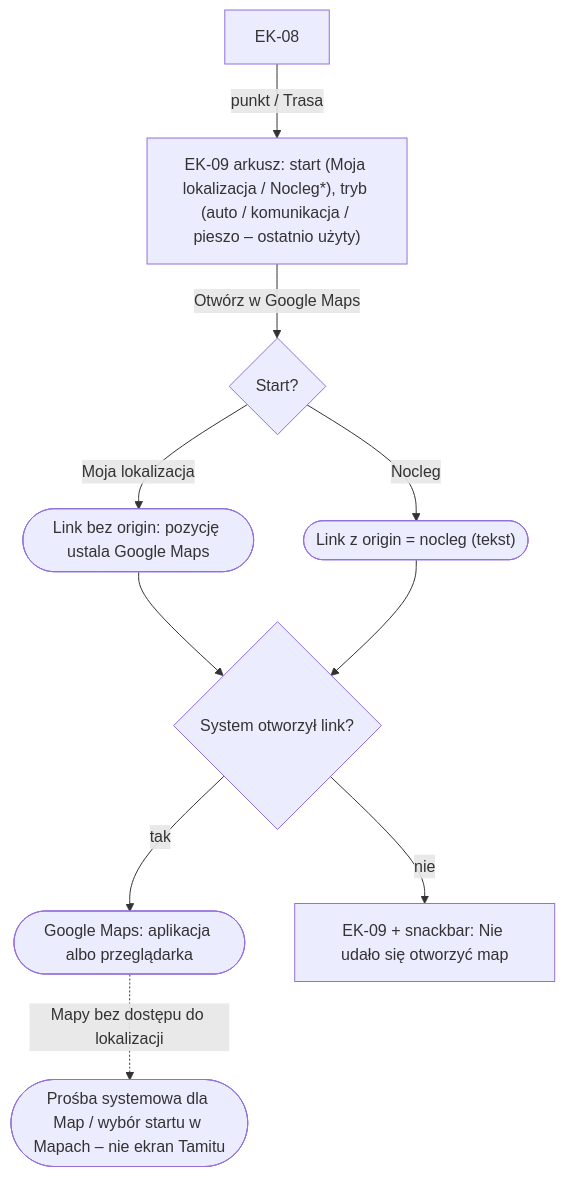
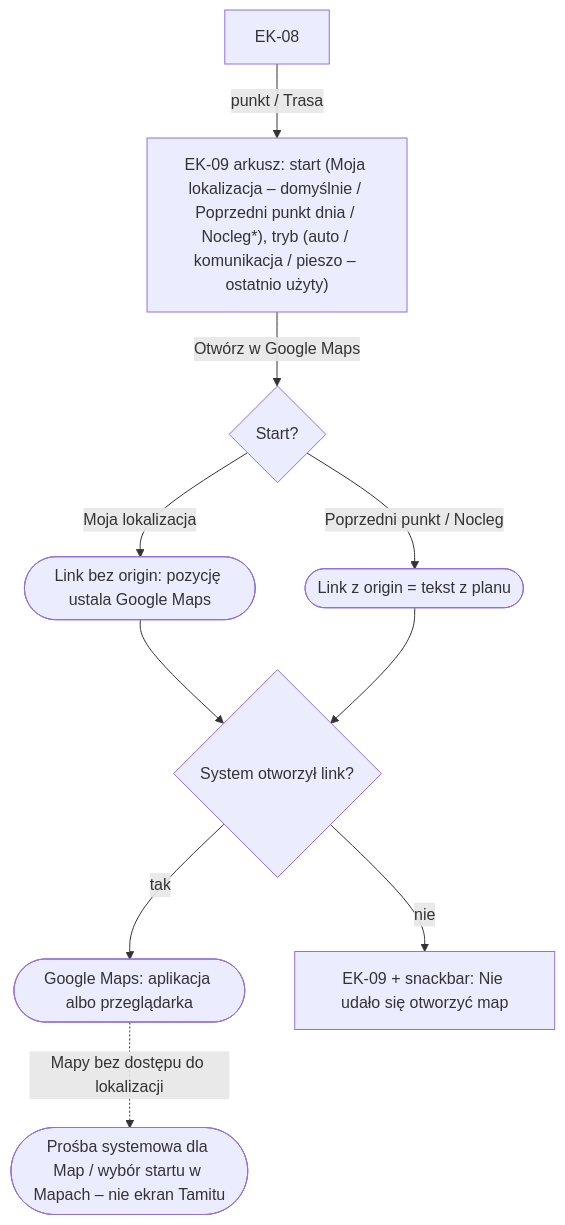
The seventh of 11 diagrams in docs/ux/flows.md (tadecode/tamitu), drawn with Mermaid before and after one commit. The commit also changed other lines of this file and 9 other files, not shown here.

````diff
--- a/docs/ux/flows.md
+++ b/docs/ux/flows.md
@@ -122,12 +122,12 @@
 ```mermaid
 flowchart TD
-  A["EK-08"] -->|punkt / Trasa| B["EK-09 arkusz: start (Moja lokalizacja / Nocleg*), tryb (auto / komunikacja / pieszo – ostatnio użyty)"]
+  A["EK-08"] -->|punkt / Trasa| B["EK-09 arkusz: start (Moja lokalizacja – domyślnie / Poprzedni punkt dnia / Nocleg*), tryb (auto / komunikacja / pieszo – ostatnio użyty)"]
   B -->|Otwórz w Google Maps| L{"Start?"}
   L -->|Moja lokalizacja| U1(["Link bez origin: pozycję ustala Google Maps"])
-  L -->|Nocleg| U2(["Link z origin = nocleg (tekst)"])
+  L -->|Poprzedni punkt / Nocleg| U2(["Link z origin = tekst z planu"])
   U1 --> S{"System otworzył link?"}
   U2 --> S
   S -->|tak| G(["Google Maps: aplikacja albo przeglądarka"])
   S -->|nie| E["EK-09 + snackbar: Nie udało się otworzyć map"]
   G -.->|Mapy bez dostępu do lokalizacji| GP(["Prośba systemowa dla Map / wybór startu w Mapach – nie ekran Tamitu"])
 ```
````
